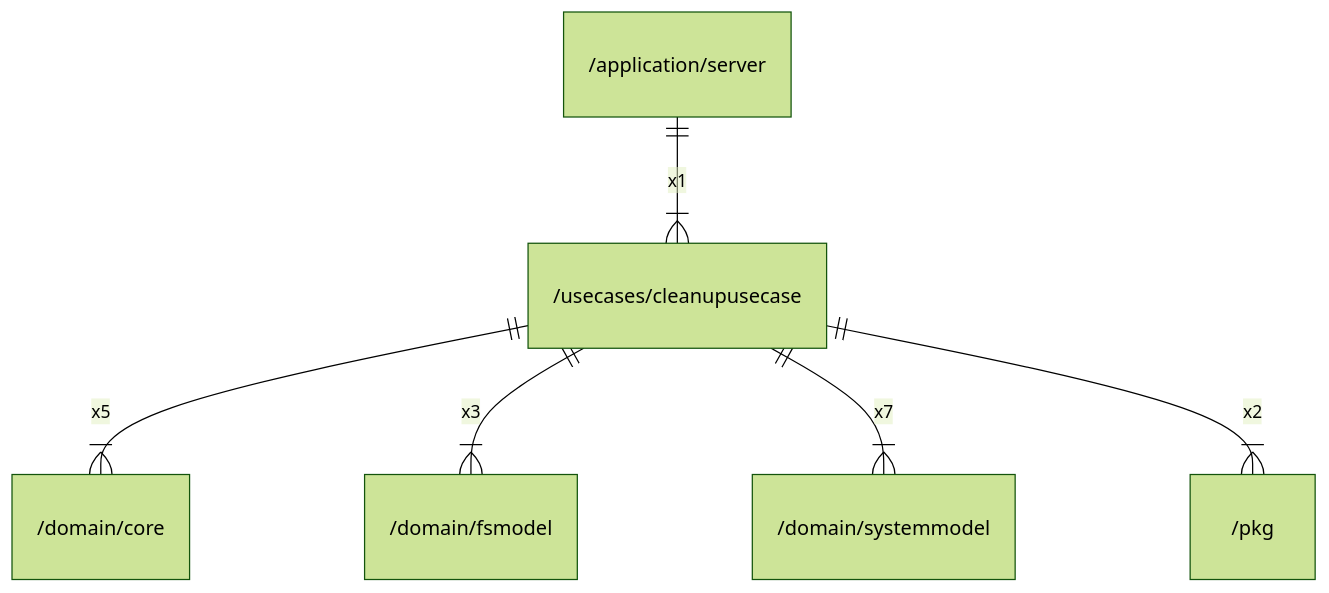
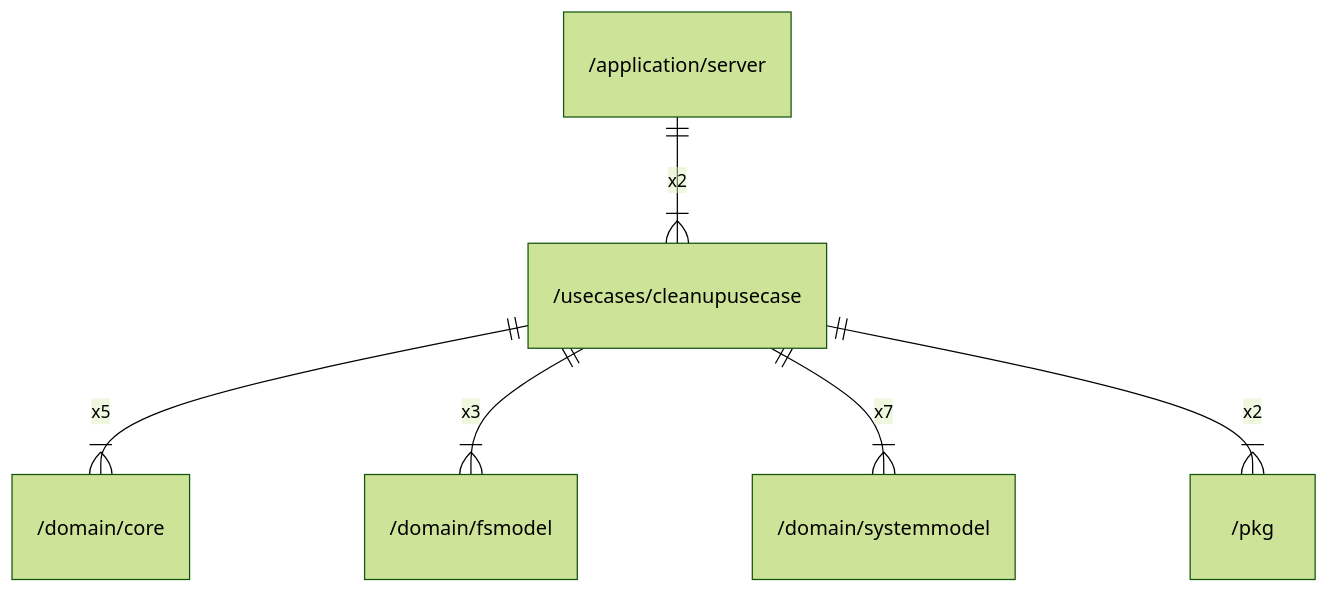
Before and after one commit to gbh007/hgraber-next: the diagram in docs/arch/usecases/cleanupusecase.md, drawn with Mermaid (forest theme). The commit also changed 52 other files, not shown here.

````diff
--- a/docs/arch/usecases/cleanupusecase.md
+++ b/docs/arch/usecases/cleanupusecase.md
@@ -28,8 +28,8 @@
 ```mermaid
 erDiagram
-    "/application/server" ||--|{ "/usecases/cleanupusecase" : x1
+    "/application/server" ||--|{ "/usecases/cleanupusecase" : x2
     "/usecases/cleanupusecase" ||--|{ "/domain/core" : x5
     "/usecases/cleanupusecase" ||--|{ "/domain/fsmodel" : x3
     "/usecases/cleanupusecase" ||--|{ "/domain/systemmodel" : x7
     "/usecases/cleanupusecase" ||--|{ "/pkg" : x2
 ```
````
